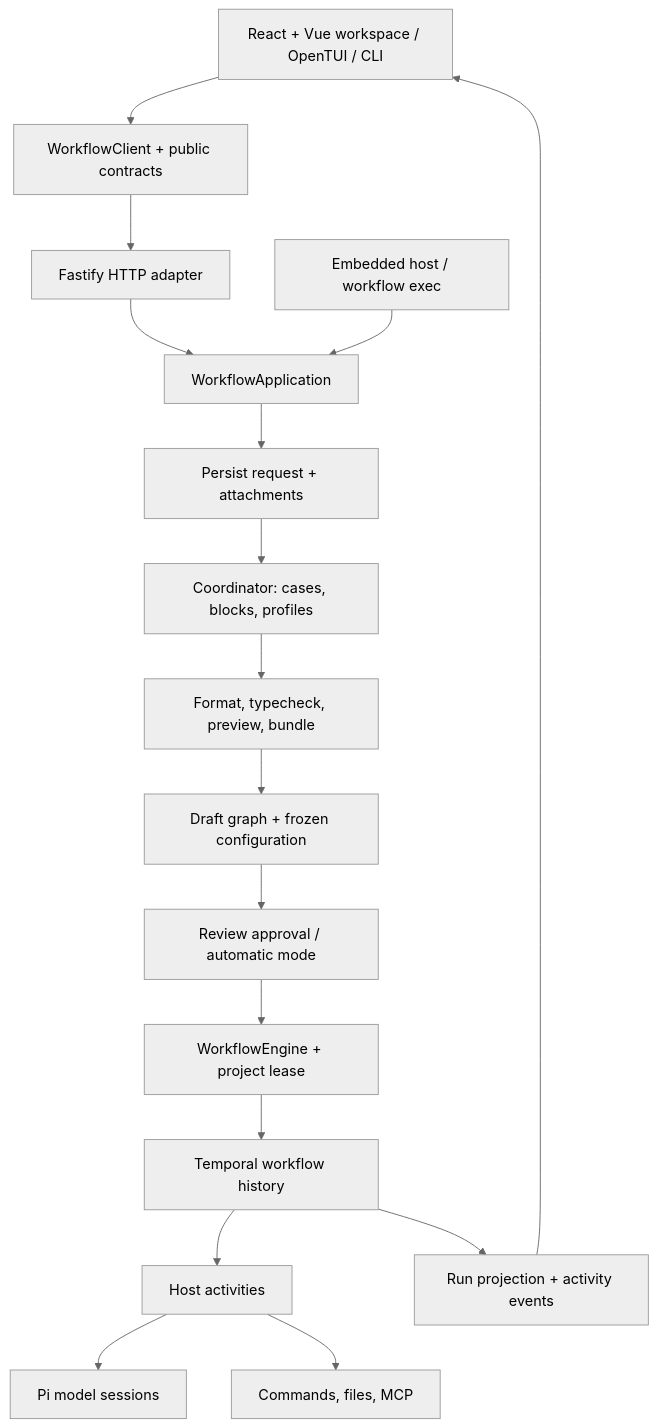
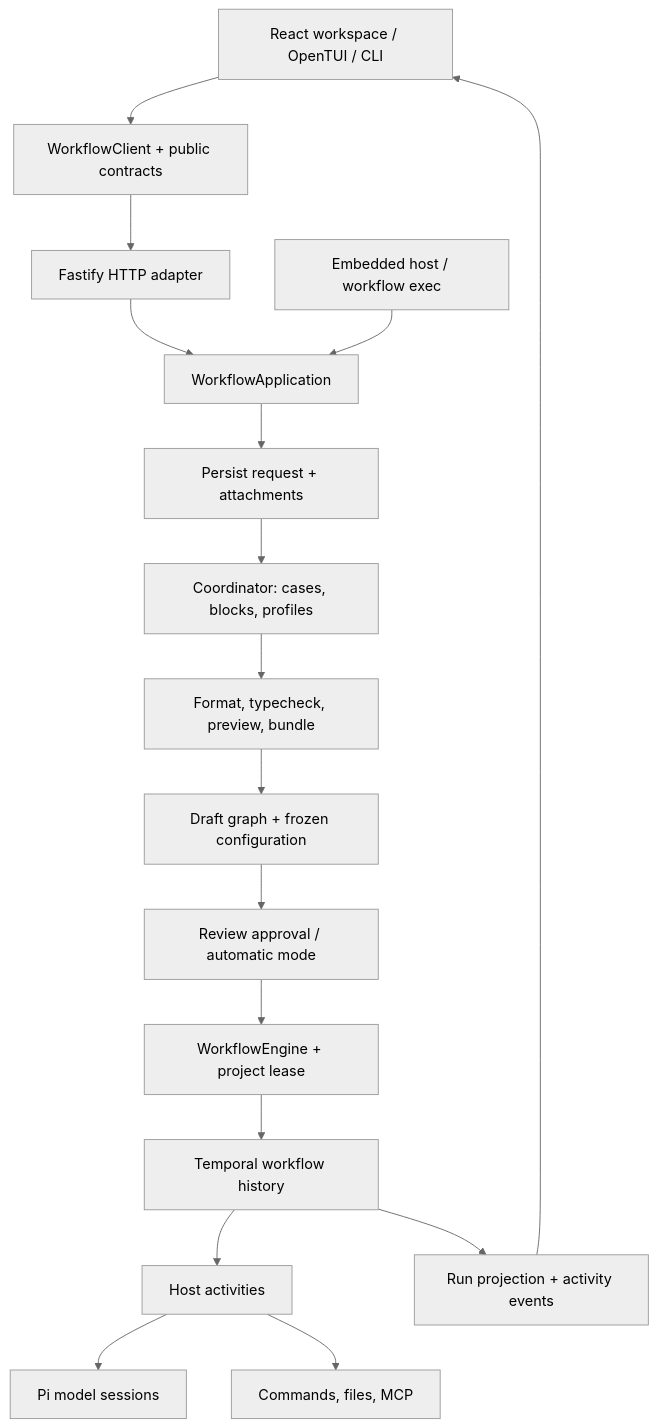
One commit to cjvnjde/workflow changed the diagram in docs/architecture.md. Above: the diagram before and after it, drawn with Mermaid (neutral theme). The commit also changed other lines of this file and 156 other files, not shown here.

````diff
--- a/docs/architecture.md
+++ b/docs/architecture.md
@@ -9,19 +9,19 @@
 ```mermaid
 flowchart TD
-    UI["React + Vue workspace / OpenTUI / CLI"] --> Client["WorkflowClient + public contracts"]
+    UI["React workspace / OpenTUI / CLI"] --> Client["WorkflowClient + public contracts"]
     Client --> API["Fastify HTTP adapter"]
     API --> App["WorkflowApplication"]
     Direct["Embedded host / workflow exec"] --> App
     App --> Task["Persist request + attachments"]
     Task --> Planner["Coordinator: cases, blocks, profiles"]
     Planner --> Compiler["Format, typecheck, preview, bundle"]
     Compiler --> Draft["Draft graph + frozen configuration"]
     Draft --> Approval["Review approval / automatic mode"]
     Approval --> Engine["WorkflowEngine + project lease"]
     Engine --> Temporal["Temporal workflow history"]
     Temporal --> Activities["Host activities"]
     Activities --> Pi["Pi model sessions"]
     Activities --> Host["Commands, files, MCP"]
     Temporal --> Events["Run projection + activity events"]
     Events --> UI
 ```
````
